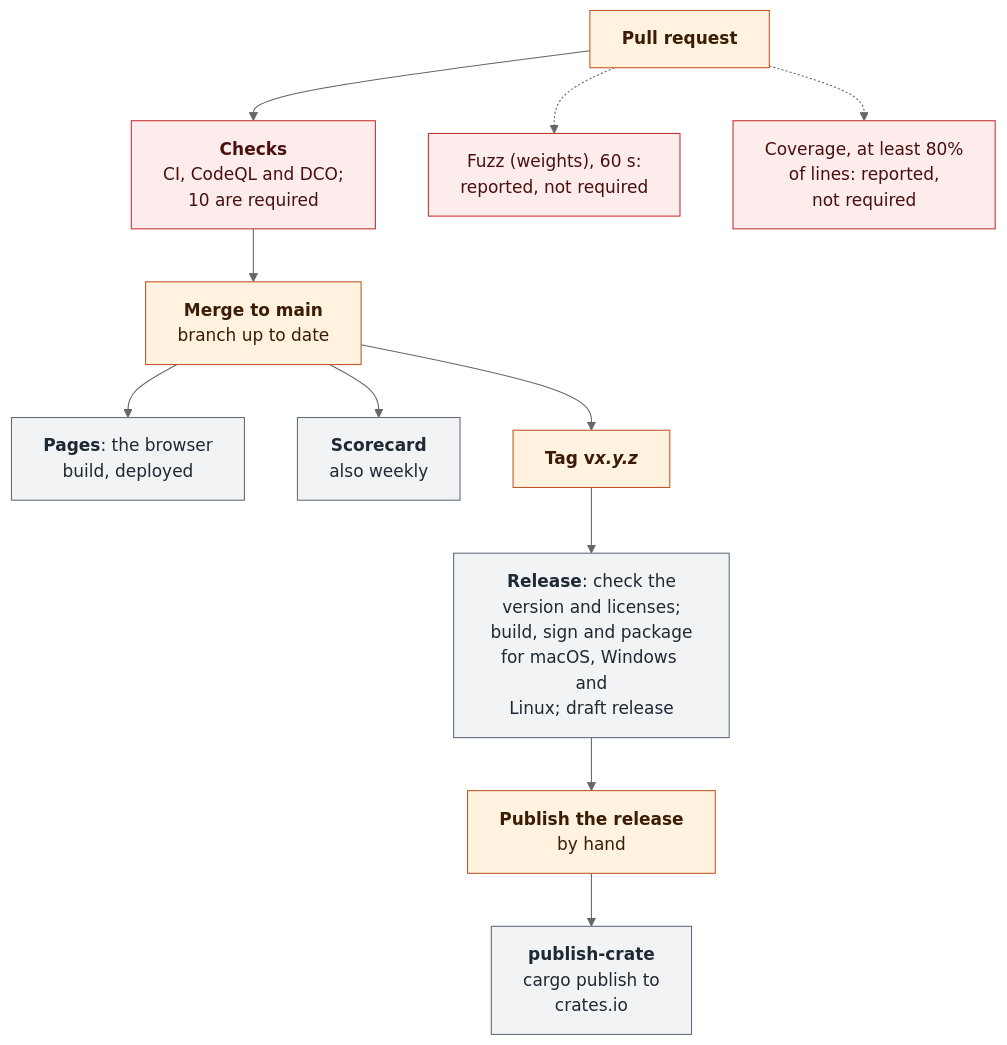
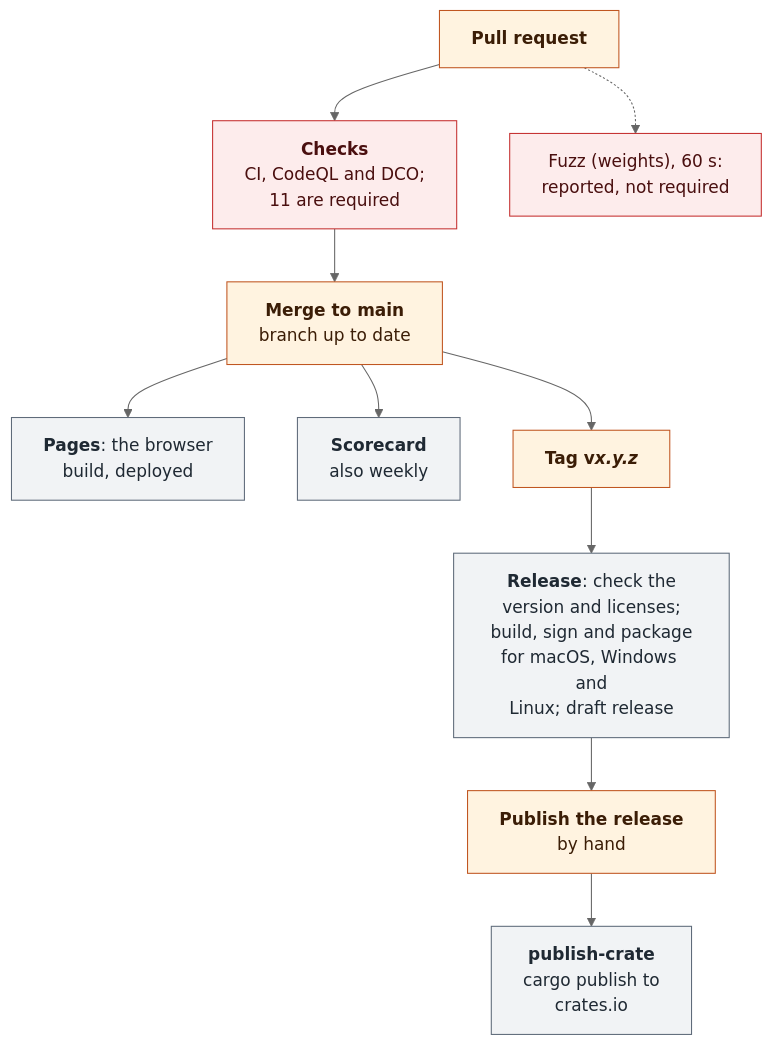
Before and after one commit to schreck61/intersection-lab: diagram 21 of 21 in docs/architecture.md, drawn with Mermaid (neutral theme). The commit also changed other lines of this file and 1 other file, not shown here.

First line of the commit message:
Document Coverage as a required check

````diff
--- a/docs/architecture.md
+++ b/docs/architecture.md
@@ -3121,25 +3121,23 @@
 ```mermaid
 flowchart TB
     PR["<b>Pull request</b>"]
-    CI["<b>Checks</b><br/>CI, CodeQL and DCO;<br/>10 are required"]
+    CI["<b>Checks</b><br/>CI, CodeQL and DCO;<br/>11 are required"]
     FZ["Fuzz (weights), 60 s:<br/>reported, not required"]
-    CV["Coverage, at least 80%<br/>of lines: reported,<br/>not required"]
     M["<b>Merge to main</b><br/>branch up to date"]
     PG["<b>Pages</b>: the browser<br/>build, deployed"]
     SC["<b>Scorecard</b><br/>also weekly"]
     T["<b>Tag v<i>x.y.z</i></b>"]
     R["<b>Release</b>: check the<br/>version and licenses;<br/>build, sign and package<br/>for macOS, Windows and<br/>Linux; draft release"]
     P["<b>Publish the release</b><br/>by hand"]
     C["<b>publish-crate</b><br/>cargo publish to<br/>crates.io"]
     PR --> CI --> M --> T --> R --> P --> C
     PR -.-> FZ
-    PR -.-> CV
     M --> PG
     M --> SC
     classDef ui fill:#fff3e0,stroke:#c05621,color:#3b1d06
     classDef data fill:#f1f3f5,stroke:#5f6b7a,color:#1f2933
     classDef safe fill:#fdecec,stroke:#c53030,color:#4a0f0f
     class PR,M,T,P ui
-    class CI,FZ,CV safe
+    class CI,FZ safe
     class PG,SC,R,C data
 ```
````
